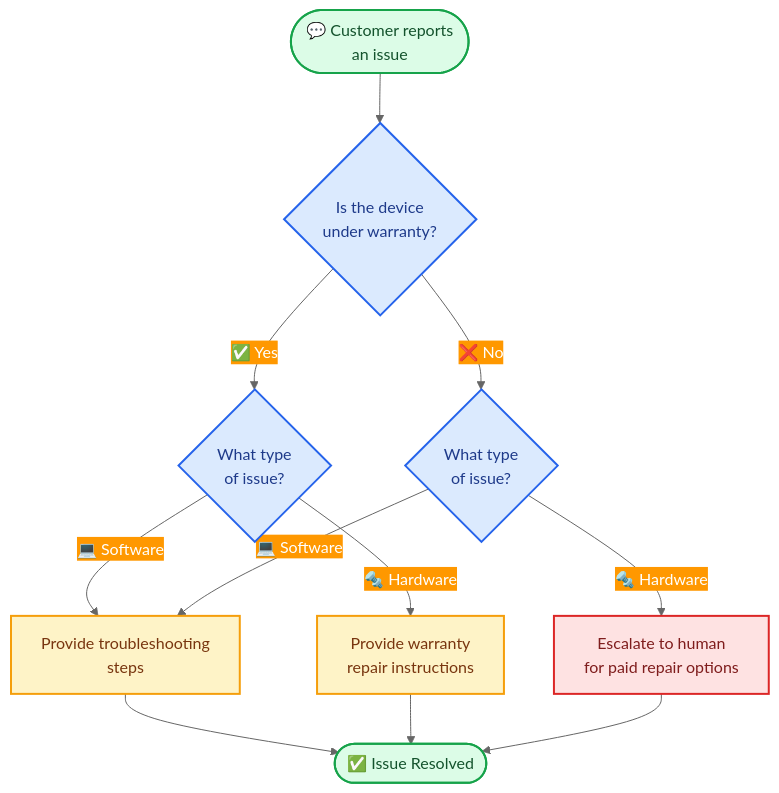
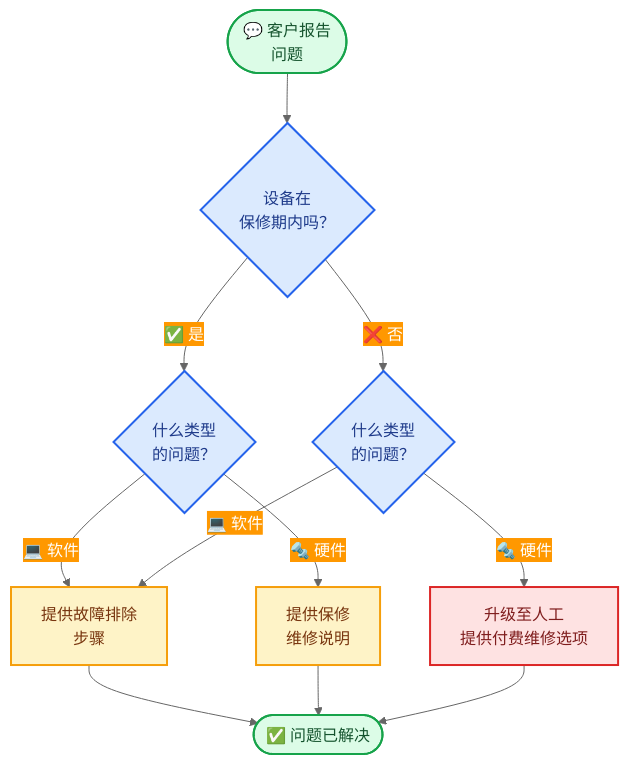
The diagram in oss/python/langchain/multi-agent/handoffs-customer-support.mdx (kunfan96/cndocs-langchain), drawn with Mermaid before and after one commit. The commit also changed other lines of this file and 1450 other files, not shown here.

````diff
--- a/oss/python/langchain/multi-agent/handoffs-customer-support.mdx
+++ b/oss/python/langchain/multi-agent/handoffs-customer-support.mdx
@@ -22,34 +22,34 @@
 ```mermaid
 %%{init: {'theme':'base', 'themeVariables': {'primaryColor':'#4CAF50','primaryTextColor':'#fff','primaryBorderColor':'#2E7D32','lineColor':'#666','secondaryColor':'#FF9800','tertiaryColor':'#2196F3'}}}%%
 flowchart TD
     %% Start
-    Start([💬 Customer reports<br>an issue]) --> Warranty{Is the device<br>under warranty?}
+    Start([💬 客户报告<br>问题]) --> Warranty{设备在<br>保修期内吗？}
 
     %% Warranty check
-    Warranty -->|✅ Yes| IssueType{What type<br>of issue?}
-    Warranty -->|❌ No| OutOfWarranty{What type<br>of issue?}
+    Warranty -->|✅ 是| IssueType{什么类型<br>的问题？}
+    Warranty -->|❌ 否| OutOfWarranty{什么类型<br>的问题？}
 
     %% In-Warranty branch
-    IssueType -->|🔩 Hardware| Repair[Provide warranty<br>repair instructions]
-    IssueType -->|💻 Software| Troubleshoot[Provide troubleshooting<br>steps]
+    IssueType -->|🔩 硬件| Repair[提供保修<br>维修说明]
+    IssueType -->|💻 软件| Troubleshoot[提供故障排除<br>步骤]
 
     %% Out-of-Warranty branch
-    OutOfWarranty -->|🔩 Hardware| Escalate[Escalate to human<br>for paid repair options]
-    OutOfWarranty -->|💻 Software| Troubleshoot
+    OutOfWarranty -->|🔩 硬件| Escalate[升级至人工<br>提供付费维修选项]
+    OutOfWarranty -->|💻 软件| Troubleshoot
 
     %% Troubleshooting follow-up
-    Troubleshoot --> Close([✅ Issue Resolved])
+    Troubleshoot --> Close([✅ 问题已解决])
     Repair --> Close
     Escalate --> Close
 
     %% === Styling ===
     classDef startEnd fill:#DCFCE7,stroke:#16A34A,stroke-width:2px,color:#14532D
     classDef decisionNode fill:#DBEAFE,stroke:#2563EB,stroke-width:2px,color:#1E3A8A
     classDef actionNode fill:#FEF3C7,stroke:#F59E0B,stroke-width:2px,color:#78350F
     classDef escalateNode fill:#FEE2E2,stroke:#DC2626,stroke-width:2px,color:#7F1D1D
 
     class Start,Close startEnd
     class Warranty,IssueType,OutOfWarranty decisionNode
     class Repair,Troubleshoot actionNode
     class Escalate escalateNode
 ```
````
